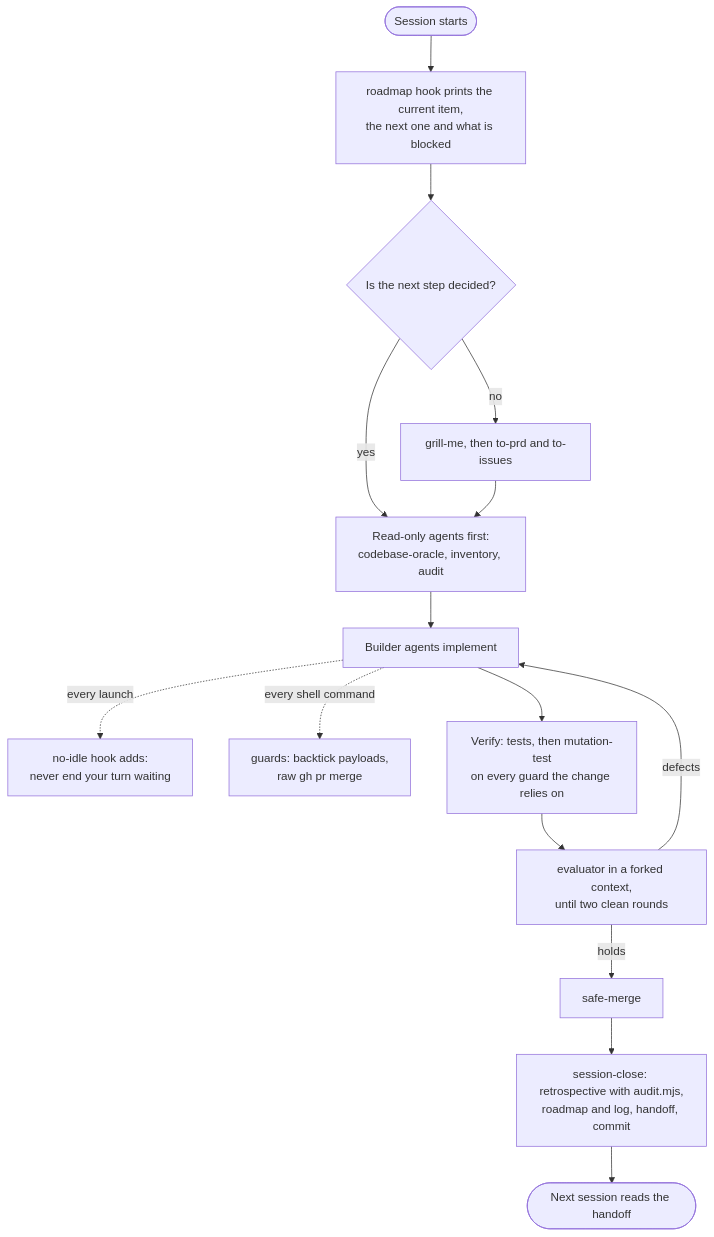
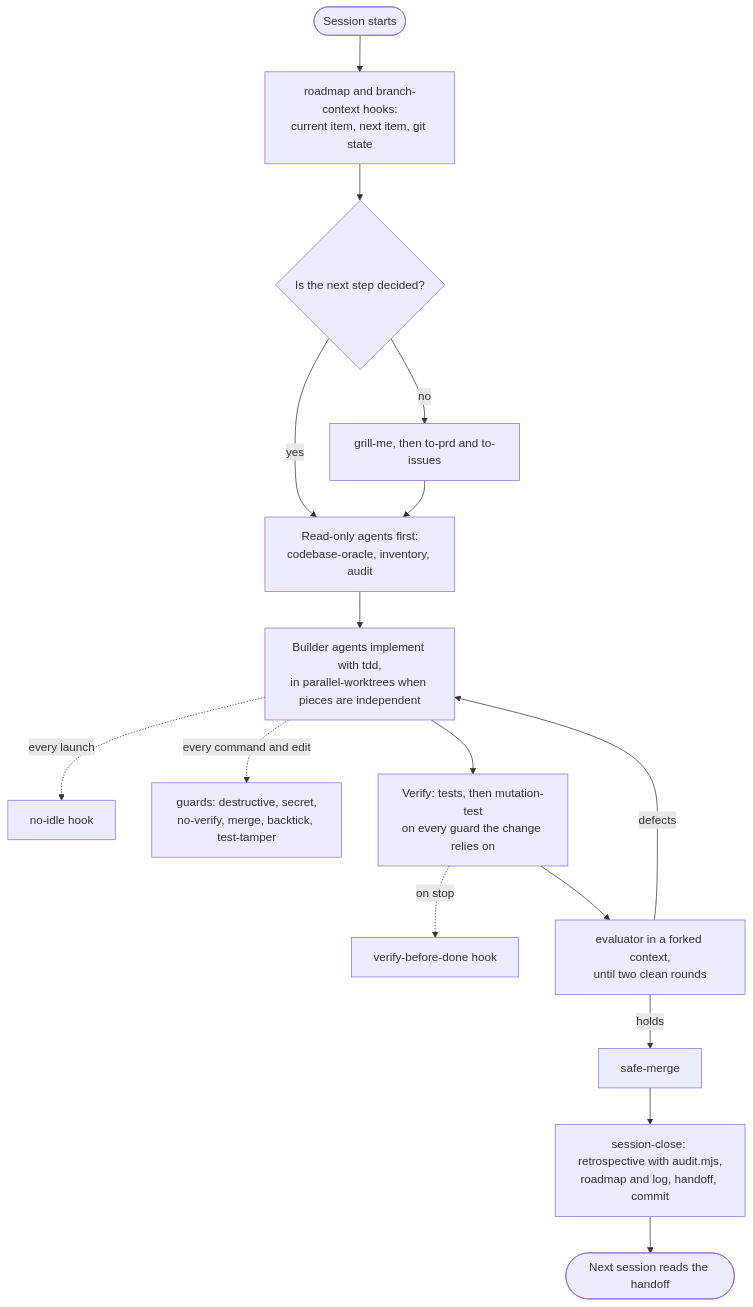
The diagram in README.md (paureis/pau-skills), drawn with Mermaid before and after one commit. The commit also changed other lines of this file and 20 other files, not shown here.

````diff
--- a/README.md
+++ b/README.md
@@ -134,17 +177,18 @@
 ```mermaid
 flowchart TD
-    A([Session starts]) --> B[roadmap hook prints the current item,<br/>the next one and what is blocked]
+    A([Session starts]) --> B[roadmap and branch-context hooks:<br/>current item, next item, git state]
     B --> C{Is the next step decided?}
     C -- no --> D[grill-me, then to-prd and to-issues]
     C -- yes --> E[Read-only agents first:<br/>codebase-oracle, inventory, audit]
     D --> E
-    E --> F[Builder agents implement]
-    F -. every launch .-> G[no-idle hook adds:<br/>never end your turn waiting]
-    F -. every shell command .-> H[guards: backtick payloads,<br/>raw gh pr merge]
+    E --> F[Builder agents implement with tdd,<br/>in parallel-worktrees when pieces are independent]
+    F -. every launch .-> G[no-idle hook]
+    F -. every command and edit .-> H[guards: destructive, secret,<br/>no-verify, merge, backtick, test-tamper]
     F --> I[Verify: tests, then mutation-test<br/>on every guard the change relies on]
+    I -. on stop .-> V[verify-before-done hook]
     I --> J[evaluator in a forked context,<br/>until two clean rounds]
     J -- defects --> F
     J -- holds --> K[safe-merge]
     K --> L[session-close: retrospective with audit.mjs,<br/>roadmap and log, handoff, commit]
     L --> M([Next session reads the handoff])
 ```
````
